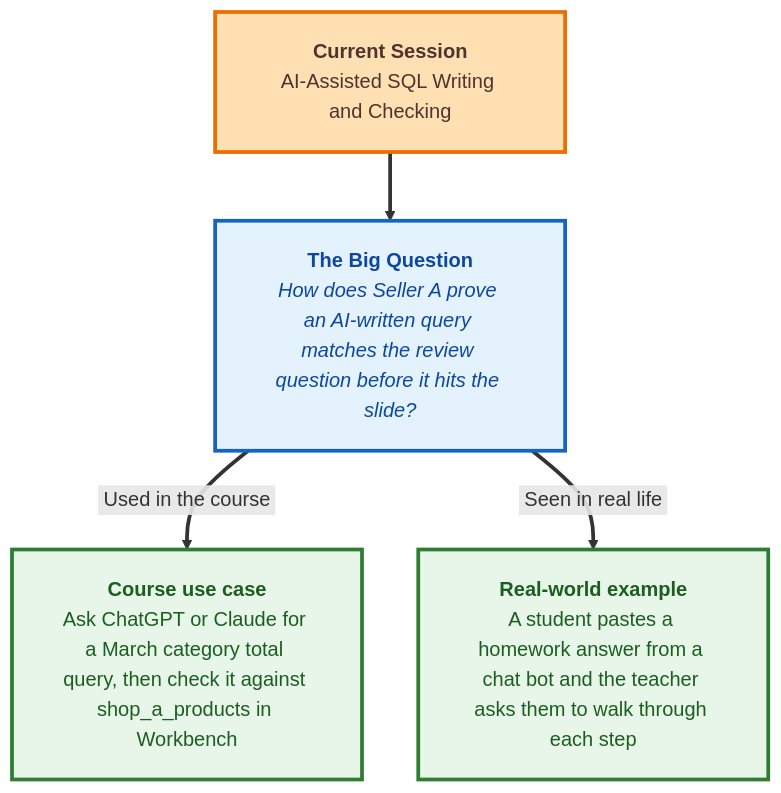
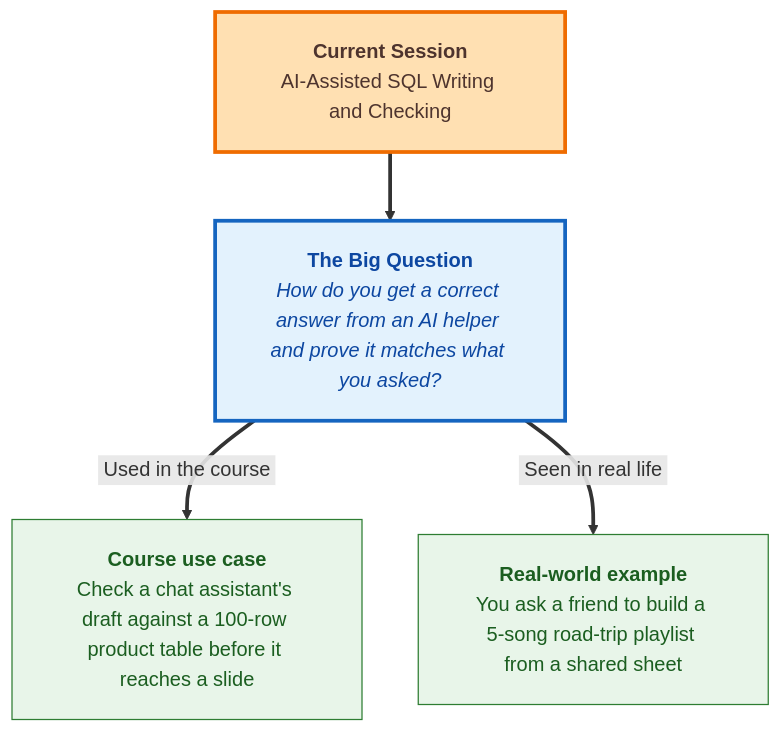
Before and after one commit to ayaznoori/Ayaz_Curriculum: the diagram in IITP-AIAG-TA-I-2610/module-01-foundations-of-data/lecture-10-ai-assisted-sql-writing-and-checking/pre-read.md, drawn with Mermaid. The commit also changed other lines of this file and 2 other files, not shown here.

````diff
--- a/IITP-AIAG-TA-I-2610/module-01-foundations-of-data/lecture-10-ai-assisted-sql-writing-and-checking/pre-read.md
+++ b/IITP-AIAG-TA-I-2610/module-01-foundations-of-data/lecture-10-ai-assisted-sql-writing-and-checking/pre-read.md
@@ -5,22 +5,22 @@
 ```mermaid
 %%{init: {'flowchart': {'nodeSpacing': 45, 'rankSpacing': 55, 'padding': 20}}}%%
 flowchart TB
   CUR["<b>Current Session</b><br/>AI-Assisted SQL Writing and Checking"]
-  Q["<b>The Big Question</b><br/><i>How does Seller A prove an AI-written query matches the review question before it hits the slide?</i>"]
-  CV["<b>Course use case</b><br/>Ask ChatGPT or Claude for a March category total query, then check it against shop_a_products in Workbench"]
-  RL["<b>Real-world example</b><br/>A student pastes a homework answer from a chat bot and the teacher asks them to walk through each step"]
+  Q["<b>The Big Question</b><br/><i>How do you get a correct answer from an AI helper and prove it matches what you asked?</i>"]
+  CV["<b>Course use case</b><br/>Check a chat assistant's draft against a 100-row product table before it reaches a slide"]
+  RL["<b>Real-world example</b><br/>You ask a friend to build a 5-song road-trip playlist from a shared sheet"]
 
   CUR ==> Q
   Q ==>|&nbsp;Used in the course&nbsp;| CV
   Q ==>|&nbsp;Seen in real life&nbsp;| RL
 
   classDef currSes fill:#ffe0b2,stroke:#ef6c00,color:#4e342e,stroke-width:3px
   classDef ask fill:#e3f2fd,stroke:#1565c0,color:#0d47a1,stroke-width:3px
-  classDef val fill:#e8f5e9,stroke:#2e7d32,color:#1b5e20,stroke-width:3px
+  classDef val fill:#e8f5e9,stroke:#2e7d32,color:#1b5e20
 
   class CUR currSes
   class Q ask
   class CV,RL val
 
   linkStyle default stroke-width:3px
 ```
````
